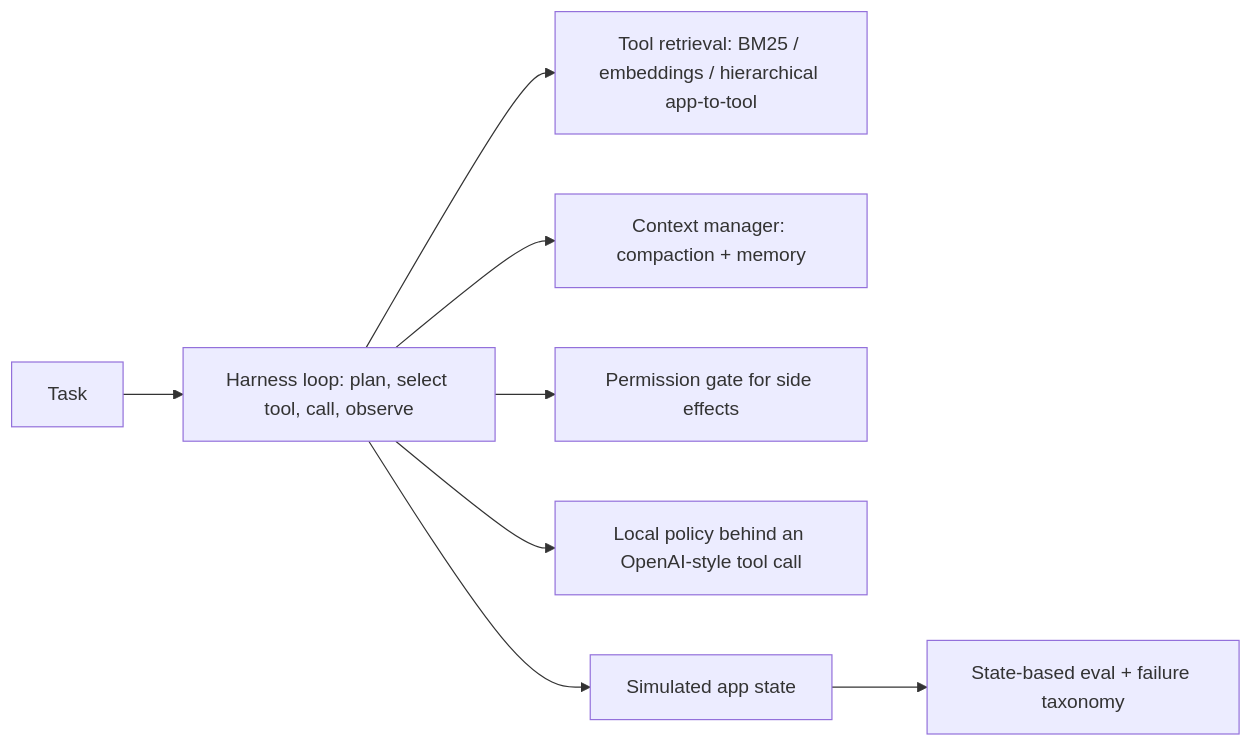
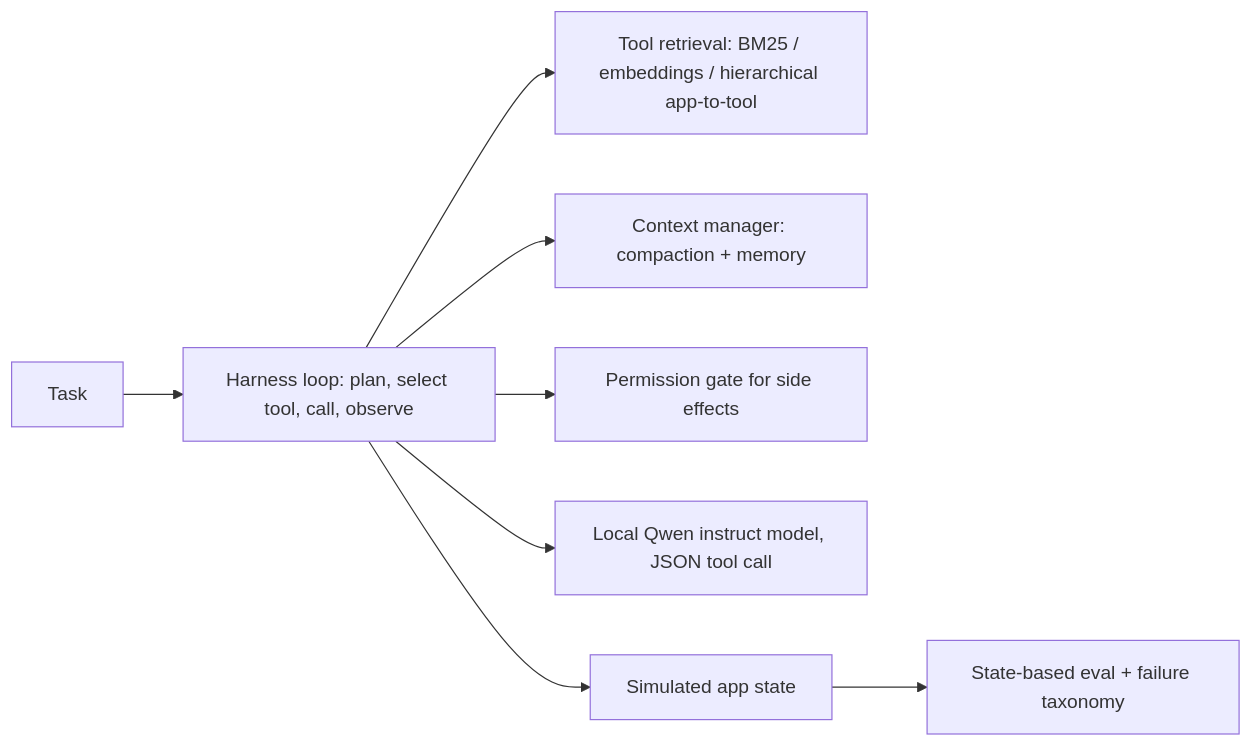
Before and after one commit to sudhir-77/agent-tool-harness: the diagram in README.md, drawn with Mermaid. The commit also changed other lines of this file and 17 other files, not shown here.

First line of the commit message:
Report held-out episodes from a local Qwen instruct model.

````diff
--- a/README.md
+++ b/README.md
@@ -28,10 +28,10 @@
 ```mermaid
 flowchart LR
   T[Task] --> H[Harness loop: plan, select tool, call, observe]
   H --> RET[Tool retrieval: BM25 / embeddings / hierarchical app-to-tool]
   H --> CTX[Context manager: compaction + memory]
   H --> PG[Permission gate for side effects]
-  H --> M[Local policy behind an OpenAI-style tool call]
+  H --> M[Local Qwen instruct model, JSON tool call]
   H --> APPS[Simulated app state]
   APPS --> E[State-based eval + failure taxonomy]
 ```
````
